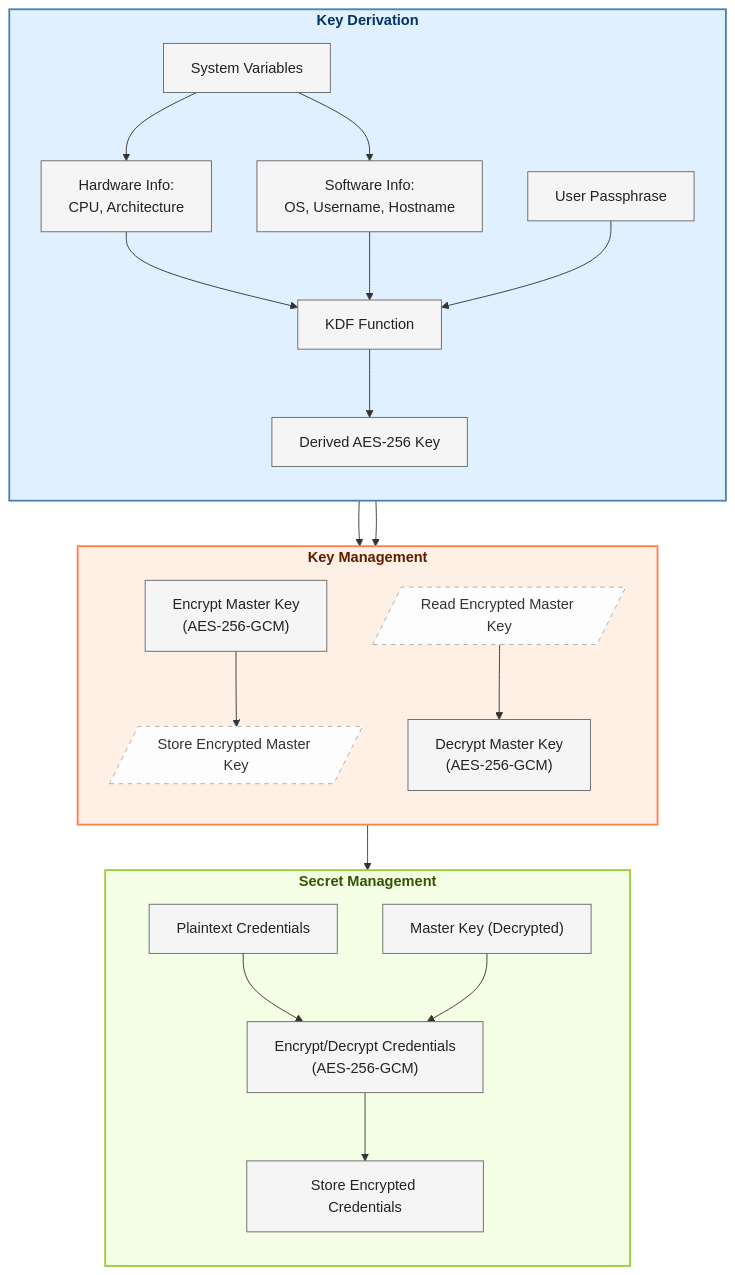
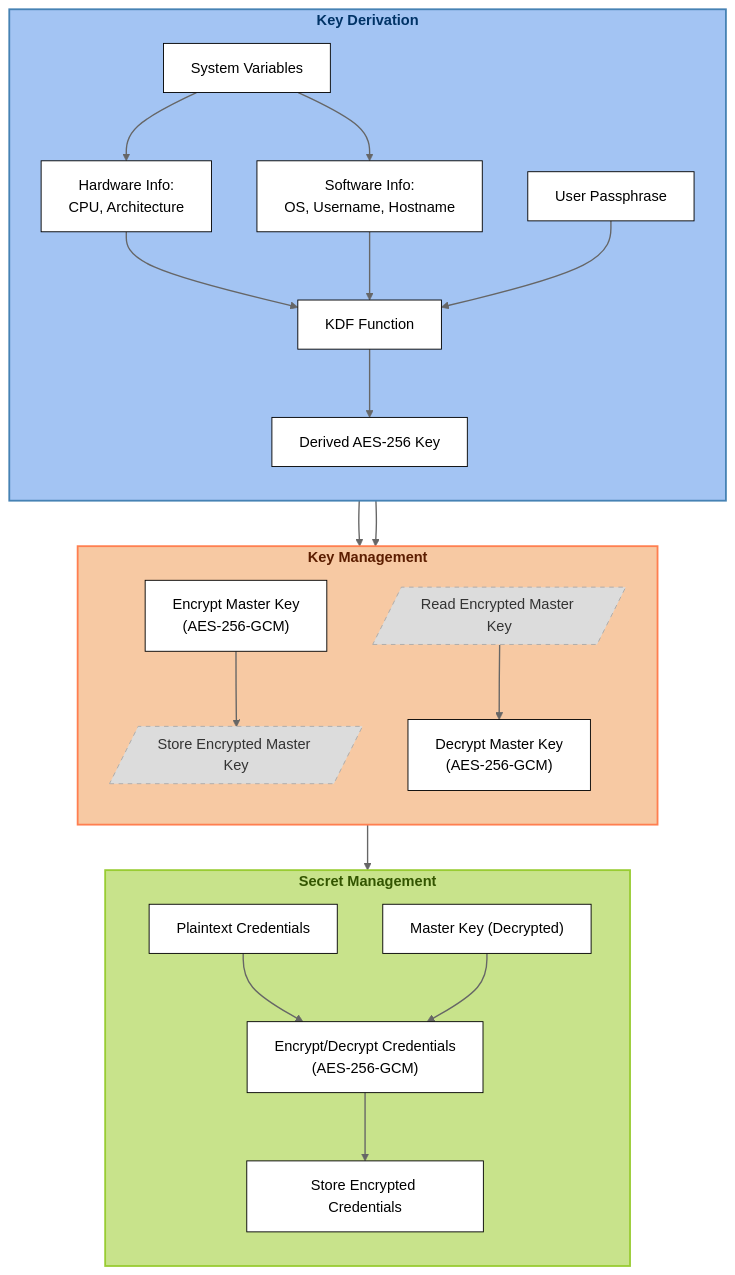
The diagram in README.md (rohitlal125555/securecredentials), drawn with Mermaid before and after one commit.

Commit message:
Updated FlowChart color scheme

````diff
--- a/README.md
+++ b/README.md
@@ -58,60 +58,61 @@
 ```mermaid
 flowchart TD
  subgraph A["<b>Key Derivation</b>"]
     direction TB
         SV["System Variables"]
         HW["Hardware Info:<br>CPU, Architecture"]
         SW["Software Info:<br>OS, Username, Hostname"]
         PP["User Passphrase"]
         KDF["KDF Function"]
         DK["Derived AES-256 Key"]
   end
  subgraph B["<b>Key Management</b>"]
     direction TB
         ENC_MK["Encrypt Master Key<br>(AES-256-GCM)"]
         MK_FILE[/"Store Encrypted Master Key"/]
         READ_MK[/"Read Encrypted Master Key"/]
         DEC_MK["Decrypt Master Key<br>(AES-256-GCM)"]
   end
  subgraph C["<b>Secret Management</b>"]
     direction TB
         CREDS["Plaintext Credentials"]
         MK_DEC["Master Key (Decrypted)"]
         ENC_CREDS["Encrypt/Decrypt Credentials<br>(AES-256-GCM)"]
         STORE_CREDS["Store Encrypted Credentials"]
   end
     SV --> HW & SW
     HW --> KDF
     SW --> KDF
     PP --> KDF
     KDF --> DK
     DK --> ENC_MK & DEC_MK
     ENC_MK --> MK_FILE
     READ_MK --> DEC_MK
     DEC_MK --> MK_DEC
     CREDS --> ENC_CREDS
     MK_DEC --> ENC_CREDS
     ENC_CREDS --> STORE_CREDS
 
     %% Default Shade
-    classDef default fill:#f5f5f5,stroke:#666,color:#222;
+    classDef default fill:#ffffff,stroke:#000000,color:#000000;
+    linkStyle default stroke:#666,stroke-width:1.5px;
 
     %% Darker Shades
     classDef keyDerivation fill:#e0f0ff,stroke:#4682b4,color:#003366,stroke-width:2px
     classDef keyMgmt fill:#fff0e6,stroke:#ff7f50,color:#5c1d00,stroke-width:2px
     classDef secretMgmt fill:#f5ffe6,stroke:#99cc33,color:#335500,stroke-width:2px
     classDef storageNode fill:#fdfdfd,stroke:#aaa,color:#333,stroke-dasharray: 5 5
 
     %% Darker Shades    
-    %% classDef keyDerivation fill:#a3c4f3,stroke:#4682b4,color:#003366,stroke-width:2px;
-    %% classDef keyMgmt fill:#f7c9a3,stroke:#ff7f50,color:#5c1d00,stroke-width:2px;
-    %% classDef secretMgmt fill:#c8e38b,stroke:#99cc33,color:#335500,stroke-width:2px;
-    %% classDef storageNode fill:#dcdcdc,stroke:#aaa,color:#333,stroke-dasharray:5 5;
+    classDef keyDerivation fill:#a3c4f3,stroke:#4682b4,color:#003366,stroke-width:2px;
+    classDef keyMgmt fill:#f7c9a3,stroke:#ff7f50,color:#5c1d00,stroke-width:2px;
+    classDef secretMgmt fill:#c8e38b,stroke:#99cc33,color:#335500,stroke-width:2px;
+    classDef storageNode fill:#dcdcdc,stroke:#aaa,color:#333,stroke-dasharray:5 5;
 
     class A keyDerivation;
     class B keyMgmt;
     class C secretMgmt;
     class MK_FILE storageNode;
     class READ_MK storageNode;
 
 ```
````
